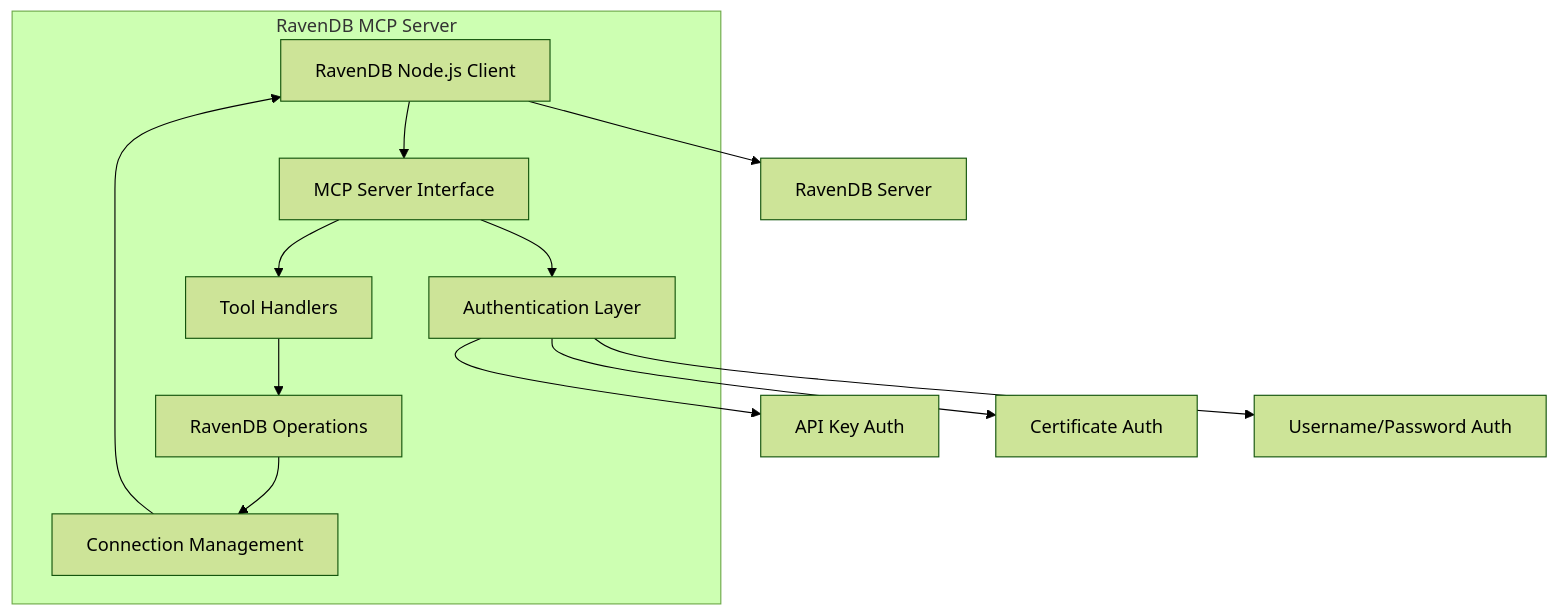
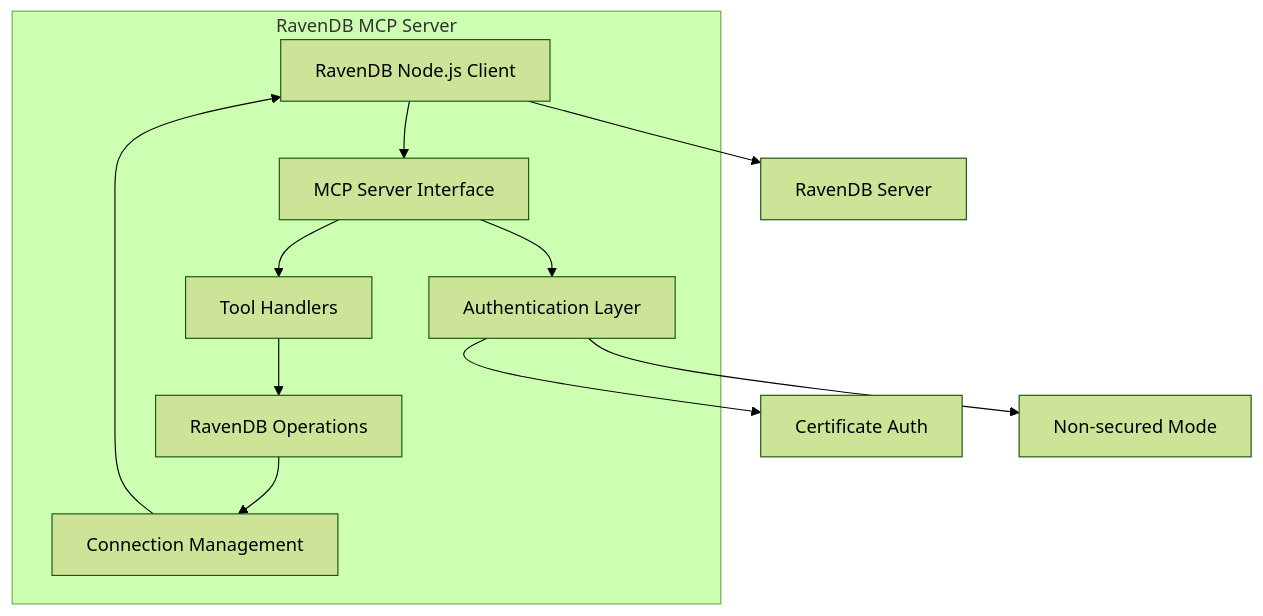
One commit to johnib/ravendb-mcp changed the first of 2 diagrams in RavenDB.PRD.md. Above: the diagram before and after it, drawn with Mermaid (forest theme). The commit also changed other lines of this file and 8 other files, not shown here.

Commit message:
feat: update authentication methods to support certificate-based and non-secured modes

````diff
--- a/RavenDB.PRD.md
+++ b/RavenDB.PRD.md
@@ -186,17 +178,16 @@
 ```mermaid
 flowchart TB
     Client[AI Assistant] --> MCP[MCP Server Interface]
     
     subgraph Server[RavenDB MCP Server]
         MCP --> Auth[Authentication Layer]
         MCP --> Tools[Tool Handlers]
         Tools --> Operations[RavenDB Operations]
         Operations --> Connection[Connection Management]
         Connection --> Client[RavenDB Node.js Client]
     end
     
-    Auth --> ApiKey[API Key Auth]
     Auth --> Cert[Certificate Auth]
-    Auth --> UserPass[Username/Password Auth]
+    Auth --> None[Non-secured Mode]
     Client --> RavenDB[RavenDB Server]
 ```
````
